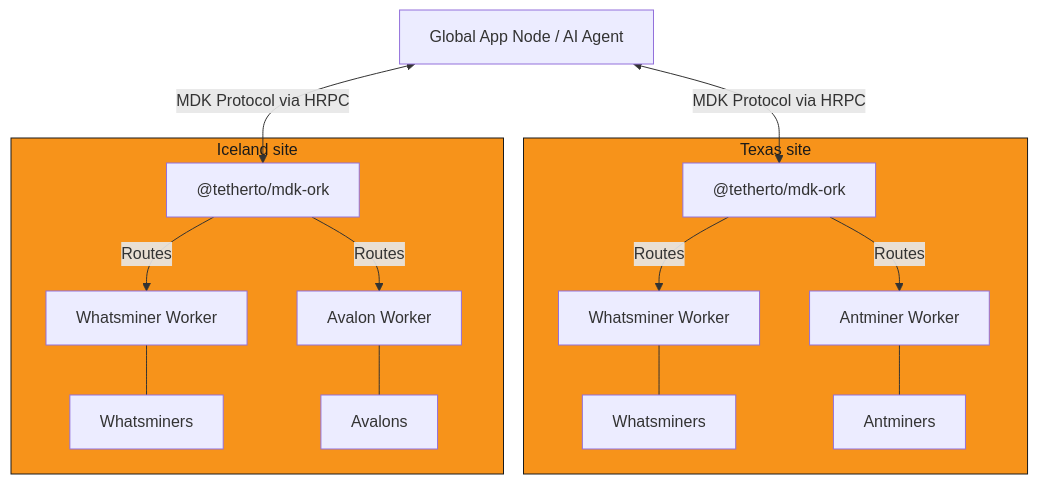
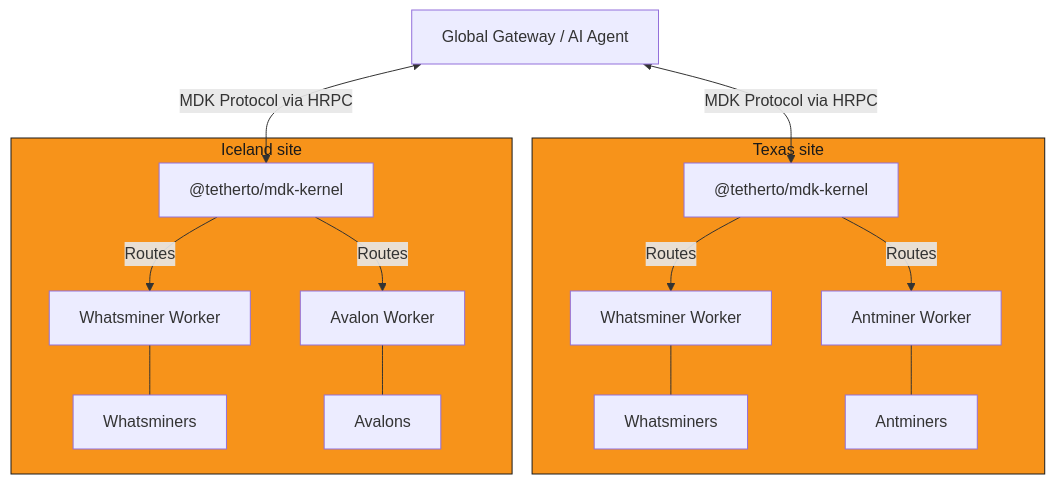
The sixth of 6 diagrams in docs/concepts/architecture.md (tetherto/mdk), drawn with Mermaid before and after one commit. The commit also changed other lines of this file and 4406 other files, not shown here.

````diff
--- a/docs/concepts/architecture.md
+++ b/docs/concepts/architecture.md
@@ -305,34 +308,34 @@
 ```mermaid
 flowchart TD
-    Global["Global App Node / AI Agent"]
+    Global["Global Gateway / AI Agent"]
 
     subgraph texas ["Texas site"]
-        ORK_TX["@tetherto/mdk-ork"]
+        KERNEL_TX["@tetherto/mdk-kernel"]
         W1_TX["Whatsminer Worker"]
         W2_TX["Antminer Worker"]
         D1_TX["Whatsminers"]
         D2_TX["Antminers"]
-        ORK_TX -->|Routes| W1_TX
-        ORK_TX -->|Routes| W2_TX
+        KERNEL_TX -->|Routes| W1_TX
+        KERNEL_TX -->|Routes| W2_TX
         W1_TX --- D1_TX
         W2_TX --- D2_TX
     end
 
     subgraph iceland ["Iceland site"]
-        ORK_IC["@tetherto/mdk-ork"]
+        KERNEL_IC["@tetherto/mdk-kernel"]
         W1_IC["Whatsminer Worker"]
         W2_IC["Avalon Worker"]
         D1_IC["Whatsminers"]
         D2_IC["Avalons"]
-        ORK_IC -->|Routes| W1_IC
-        ORK_IC -->|Routes| W2_IC
+        KERNEL_IC -->|Routes| W1_IC
+        KERNEL_IC -->|Routes| W2_IC
         W1_IC --- D1_IC
         W2_IC --- D2_IC
     end
 
-    Global <-->|MDK Protocol via HRPC| ORK_TX
-    Global <-->|MDK Protocol via HRPC| ORK_IC
+    Global <-->|MDK Protocol via HRPC| KERNEL_TX
+    Global <-->|MDK Protocol via HRPC| KERNEL_IC
 
     style texas fill:#F7931A,stroke:#1A1A1A,color:#1A1A1A
     style iceland fill:#F7931A,stroke:#1A1A1A,color:#1A1A1A
 ```
````
